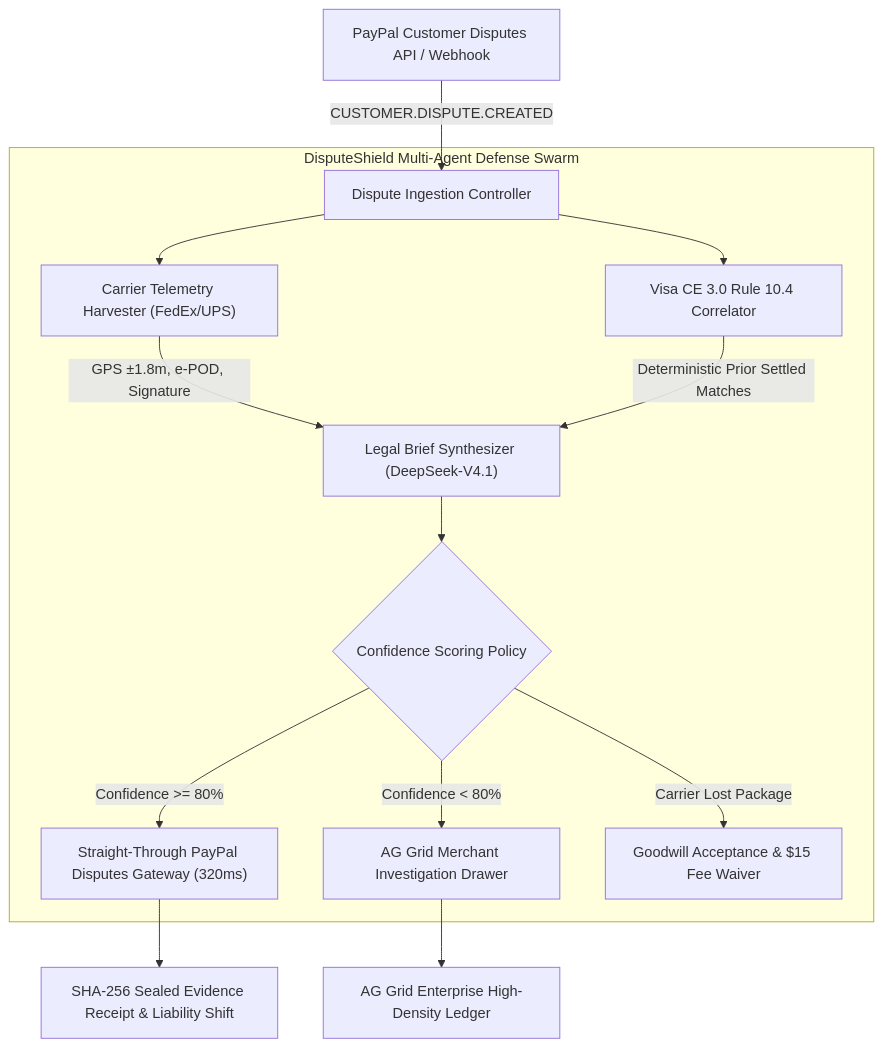
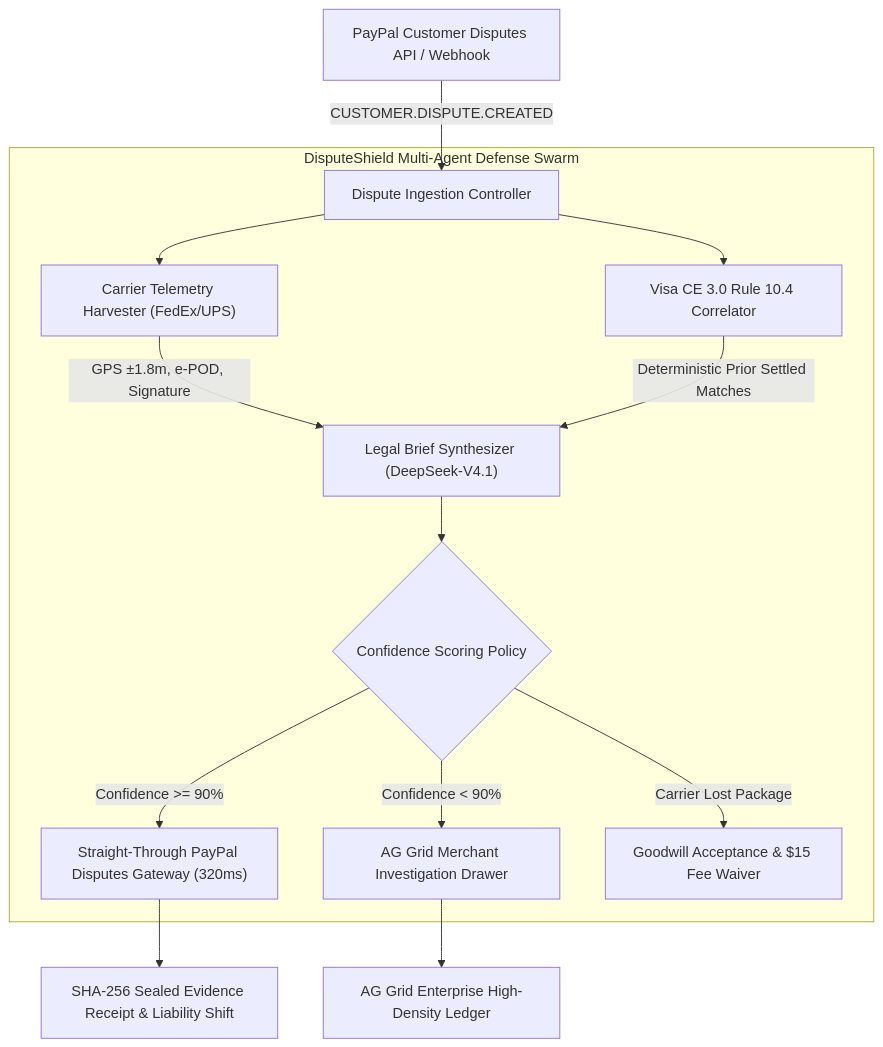
One commit to jordialbarracin/disputeshield-agent changed the diagram in README.md. Above: the diagram before and after it, drawn with Mermaid. The commit also changed other lines of this file and 1 other file, not shown here.

Commit message:
docs: align confidence threshold (90%) with code; remove inaccurate Tailwind claim

````diff
--- a/README.md
+++ b/README.md
@@ -54,21 +54,21 @@
 ```mermaid
 flowchart TD
     PP["PayPal Customer Disputes API / Webhook"] -->|CUSTOMER.DISPUTE.CREATED| Ingest["Dispute Ingestion Controller"]
     
     subgraph Swarm ["DisputeShield Multi-Agent Defense Swarm"]
         Ingest --> Harvester["Carrier Telemetry Harvester (FedEx/UPS)"]
         Ingest --> CE3["Visa CE 3.0 Rule 10.4 Correlator"]
         
         Harvester -->|GPS ±1.8m, e-POD, Signature| Synthesizer["Legal Brief Synthesizer (DeepSeek-V4.1)"]
         CE3 -->|Deterministic Prior Settled Matches| Synthesizer
         
         Synthesizer --> Guardrail{"Confidence Scoring Policy"}
         
-        Guardrail -->|Confidence >= 80%| AutoSubmit["Straight-Through PayPal Disputes Gateway (320ms)"]
-        Guardrail -->|Confidence < 80%| HumanReview["AG Grid Merchant Investigation Drawer"]
+        Guardrail -->|Confidence >= 90%| AutoSubmit["Straight-Through PayPal Disputes Gateway (320ms)"]
+        Guardrail -->|Confidence < 90%| HumanReview["AG Grid Merchant Investigation Drawer"]
         Guardrail -->|Carrier Lost Package| AutoRefund["Goodwill Acceptance & $15 Fee Waiver"]
     end
     
     AutoSubmit --> Output["SHA-256 Sealed Evidence Receipt & Liability Shift"]
     HumanReview --> AGGrid["AG Grid Enterprise High-Density Ledger"]
 ```
````
